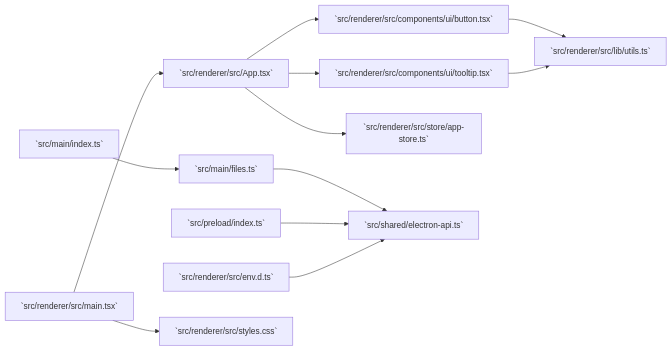
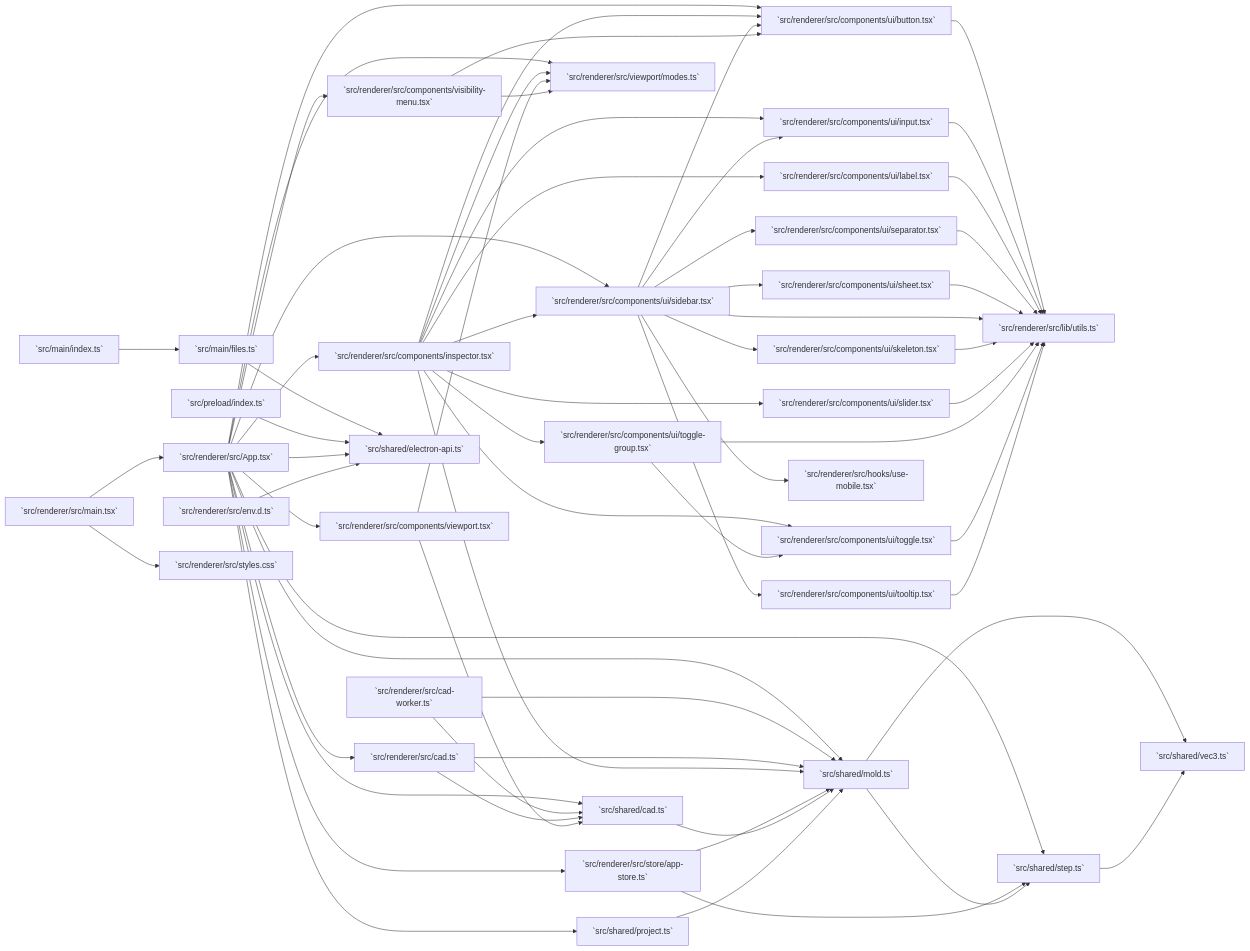
Before and after one commit to TobiasKoehlerETH/MoldMaker: the diagram in docs/code-graph/dependencies.mmd, drawn with Mermaid. The commit also changed 47 other files, not shown here.

```diff
--- a/docs/code-graph/dependencies.mmd
+++ b/docs/code-graph/dependencies.mmd
@@ -1,24 +1,96 @@
 flowchart LR
   n0[`src/main/files.ts`]
   n1[`src/main/index.ts`]
   n2[`src/preload/index.ts`]
   n3[`src/renderer/src/App.tsx`]
-  n4[`src/renderer/src/components/ui/button.tsx`]
-  n5[`src/renderer/src/components/ui/tooltip.tsx`]
-  n6[`src/renderer/src/env.d.ts`]
-  n7[`src/renderer/src/lib/utils.ts`]
-  n8[`src/renderer/src/main.tsx`]
-  n9[`src/renderer/src/store/app-store.ts`]
-  n10[`src/renderer/src/styles.css`]
-  n11[`src/shared/electron-api.ts`]
-  n0 --> n11
+  n4[`src/renderer/src/cad-worker.ts`]
+  n5[`src/renderer/src/cad.ts`]
+  n6[`src/renderer/src/components/inspector.tsx`]
+  n7[`src/renderer/src/components/ui/button.tsx`]
+  n8[`src/renderer/src/components/ui/input.tsx`]
+  n9[`src/renderer/src/components/ui/label.tsx`]
+  n10[`src/renderer/src/components/ui/separator.tsx`]
+  n11[`src/renderer/src/components/ui/sheet.tsx`]
+  n12[`src/renderer/src/components/ui/sidebar.tsx`]
+  n13[`src/renderer/src/components/ui/skeleton.tsx`]
+  n14[`src/renderer/src/components/ui/slider.tsx`]
+  n15[`src/renderer/src/components/ui/toggle-group.tsx`]
+  n16[`src/renderer/src/components/ui/toggle.tsx`]
+  n17[`src/renderer/src/components/ui/tooltip.tsx`]
+  n18[`src/renderer/src/components/viewport.tsx`]
+  n19[`src/renderer/src/components/visibility-menu.tsx`]
+  n20[`src/renderer/src/env.d.ts`]
+  n21[`src/renderer/src/hooks/use-mobile.tsx`]
+  n22[`src/renderer/src/lib/utils.ts`]
+  n23[`src/renderer/src/main.tsx`]
+  n24[`src/renderer/src/store/app-store.ts`]
+  n25[`src/renderer/src/styles.css`]
+  n26[`src/renderer/src/viewport/modes.ts`]
+  n27[`src/shared/cad.ts`]
+  n28[`src/shared/electron-api.ts`]
+  n29[`src/shared/mold.ts`]
+  n30[`src/shared/project.ts`]
+  n31[`src/shared/step.ts`]
+  n32[`src/shared/vec3.ts`]
+  n0 --> n28
   n1 --> n0
-  n2 --> n11
-  n3 --> n4
+  n2 --> n28
   n3 --> n5
-  n3 --> n9
-  n4 --> n7
-  n5 --> n7
-  n6 --> n11
-  n8 --> n3
-  n8 --> n10
+  n3 --> n6
+  n3 --> n7
+  n3 --> n12
+  n3 --> n18
+  n3 --> n19
+  n3 --> n24
+  n3 --> n26
+  n3 --> n27
+  n3 --> n28
+  n3 --> n29
+  n3 --> n30
+  n3 --> n31
+  n4 --> n27
+  n4 --> n29
+  n5 --> n27
+  n5 --> n29
+  n6 --> n7
+  n6 --> n8
+  n6 --> n9
+  n6 --> n12
+  n6 --> n14
+  n6 --> n15
+  n6 --> n16
+  n6 --> n26
+  n6 --> n29
+  n7 --> n22
+  n8 --> n22
+  n9 --> n22
+  n10 --> n22
+  n11 --> n22
+  n12 --> n7
+  n12 --> n8
+  n12 --> n10
+  n12 --> n11
+  n12 --> n13
+  n12 --> n17
+  n12 --> n21
+  n12 --> n22
+  n13 --> n22
+  n14 --> n22
+  n15 --> n16
+  n15 --> n22
+  n16 --> n22
+  n17 --> n22
+  n18 --> n26
+  n18 --> n27
+  n19 --> n7
+  n19 --> n26
+  n20 --> n28
+  n23 --> n3
+  n23 --> n25
+  n24 --> n29
+  n24 --> n31
+  n27 --> n29
+  n29 --> n31
+  n29 --> n32
+  n30 --> n29
+  n31 --> n32
```
